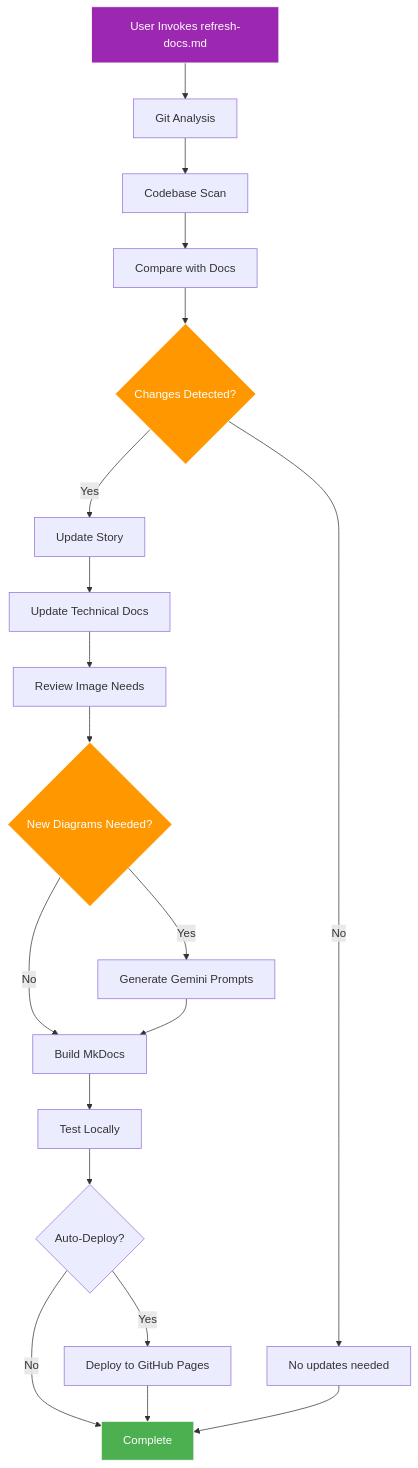
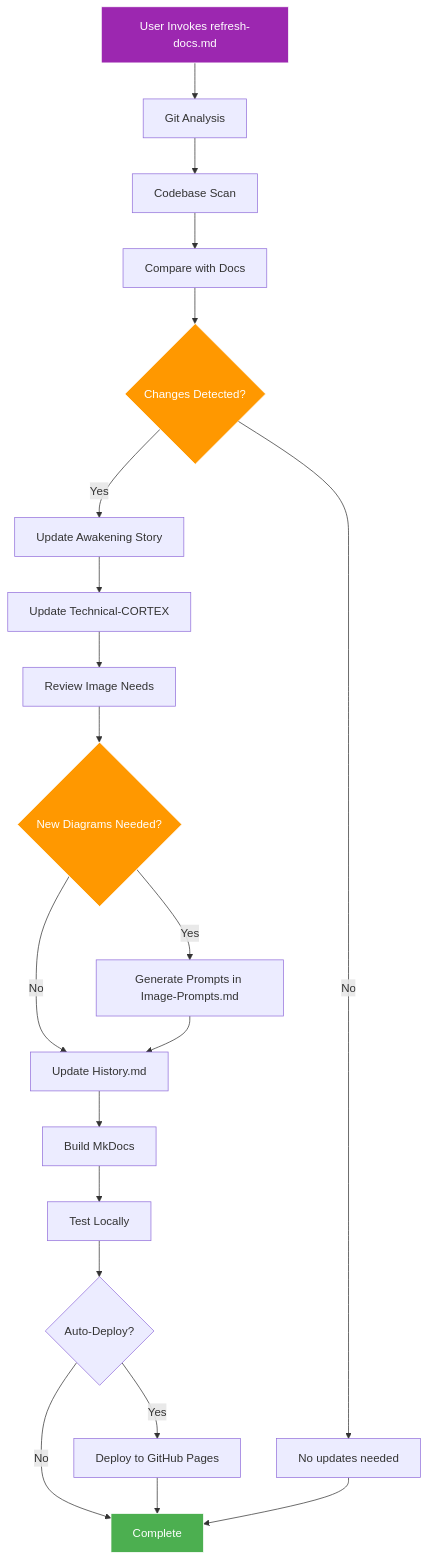
The diagram in prompts/user/refresh-docs.md (asifhussain60/CORTEX), drawn with Mermaid before and after one commit. The commit also changed other lines of this file and 57 other files, not shown here.

````diff
--- a/prompts/user/refresh-docs.md
+++ b/prompts/user/refresh-docs.md
@@ -30,31 +66,32 @@
 ```mermaid
 graph TB
     Start[User Invokes refresh-docs.md] --> Git[Git Analysis]
     Git --> Scan[Codebase Scan]
     Scan --> Compare[Compare with Docs]
     Compare --> Decision{Changes Detected?}
     
-    Decision -->|Yes| Story[Update Story]
+    Decision -->|Yes| Story[Update Awakening Story]
     Decision -->|No| Skip[No updates needed]
     
-    Story --> Technical[Update Technical Docs]
+    Story --> Technical[Update Technical-CORTEX]
     Technical --> Images[Review Image Needs]
     Images --> Diagrams{New Diagrams Needed?}
     
-    Diagrams -->|Yes| Gemini[Generate Gemini Prompts]
-    Diagrams -->|No| Build[Build MkDocs]
-    Gemini --> Build
+    Diagrams -->|Yes| Gemini[Generate Prompts in Image-Prompts.md]
+    Diagrams -->|No| History[Update History.md]
+    Gemini --> History
     
+    History --> Build[Build MkDocs]
     Build --> Test[Test Locally]
     Test --> Deploy{Auto-Deploy?}
     
     Deploy -->|Yes| GHPages[Deploy to GitHub Pages]
     Deploy -->|No| Complete[Complete]
     GHPages --> Complete
     Skip --> Complete
     
     style Start fill:#9c27b0,stroke:#fff,color:#fff
     style Complete fill:#4caf50,stroke:#fff,color:#fff
     style Decision fill:#ff9800,stroke:#fff,color:#fff
     style Diagrams fill:#ff9800,stroke:#fff,color:#fff
 ```
````
